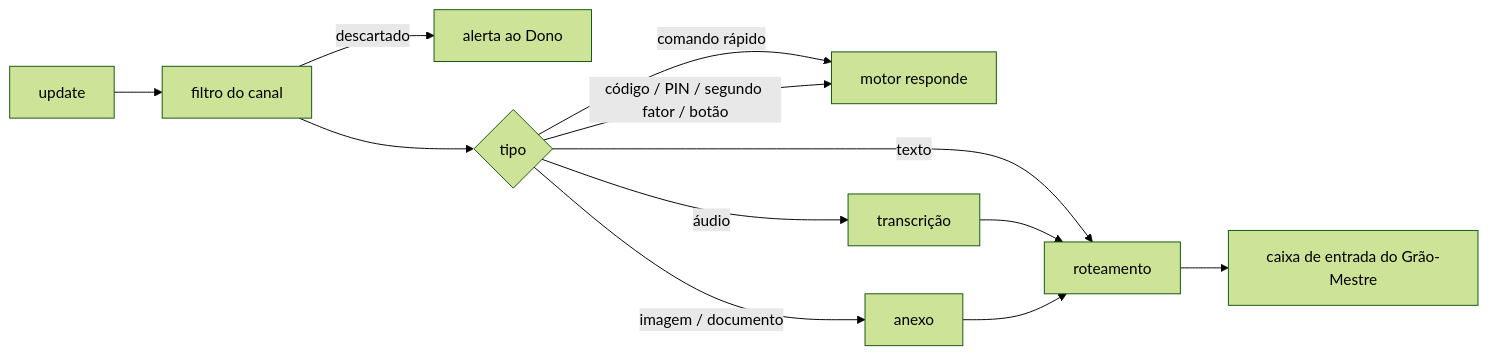
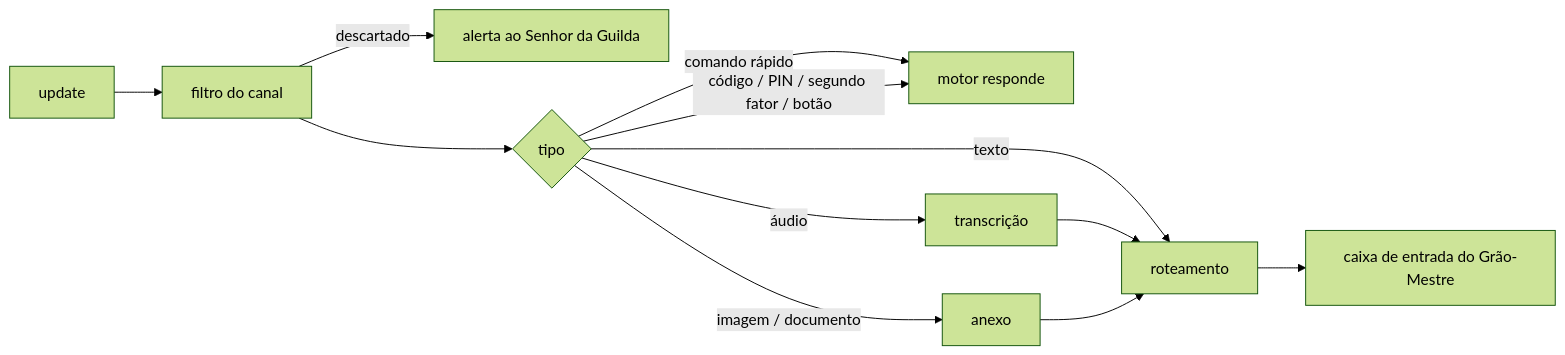
Before and after one commit to lucasndas/mestre: the diagram in docs/telegram/bot.md, drawn with Mermaid (forest theme). The commit also changed other lines of this file and 298 other files, not shown here.

First line of the commit message:
feat: Campanha, Senhor da Guilda and Companhia in the interface (M6 4A2) (#375)

````diff
--- a/docs/telegram/bot.md
+++ b/docs/telegram/bot.md
@@ -26,12 +26,12 @@
 ```mermaid
 flowchart LR
   U[update] --> F[filtro do canal]
-  F -->|descartado| A[alerta ao Dono]
+  F -->|descartado| A[alerta ao Senhor da Guilda]
   F --> T{tipo}
   T -->|comando rápido| M[motor responde]
   T -->|código / PIN / segundo fator / botão| M
   T -->|texto| R[roteamento]
   T -->|áudio| W[transcrição] --> R
   T -->|imagem / documento| X[anexo] --> R
   R --> C[caixa de entrada do Grão-Mestre]
 ```
````
